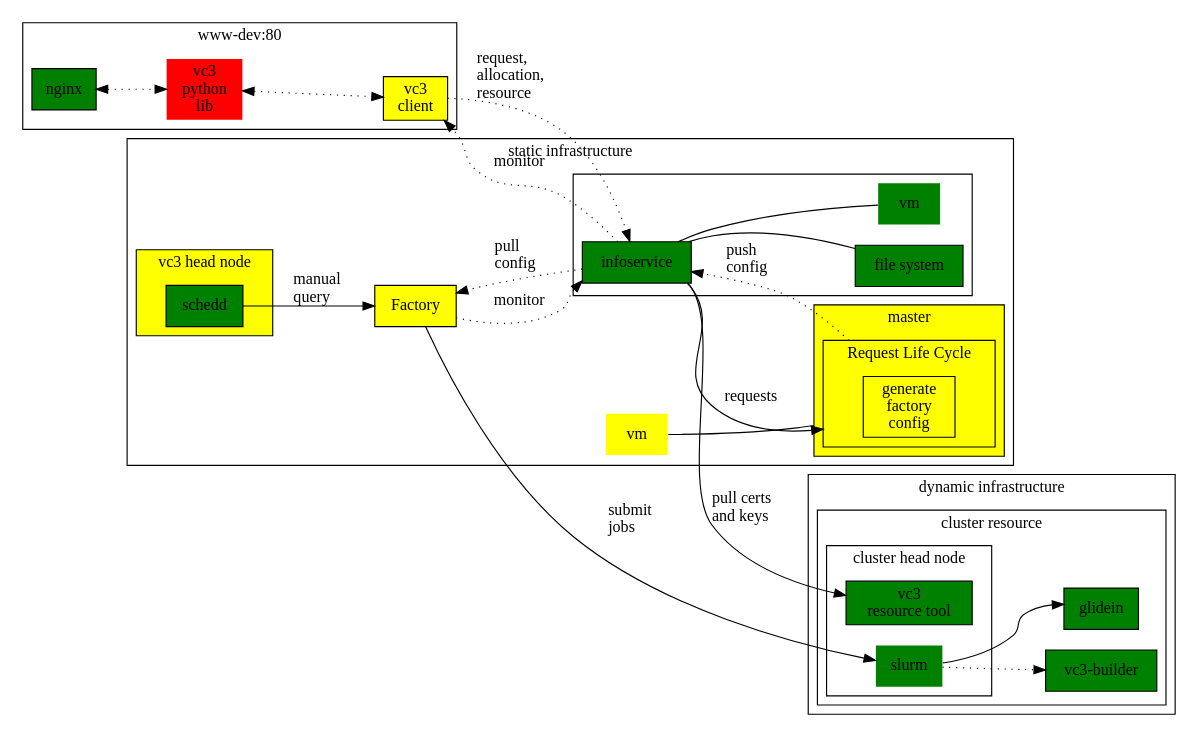
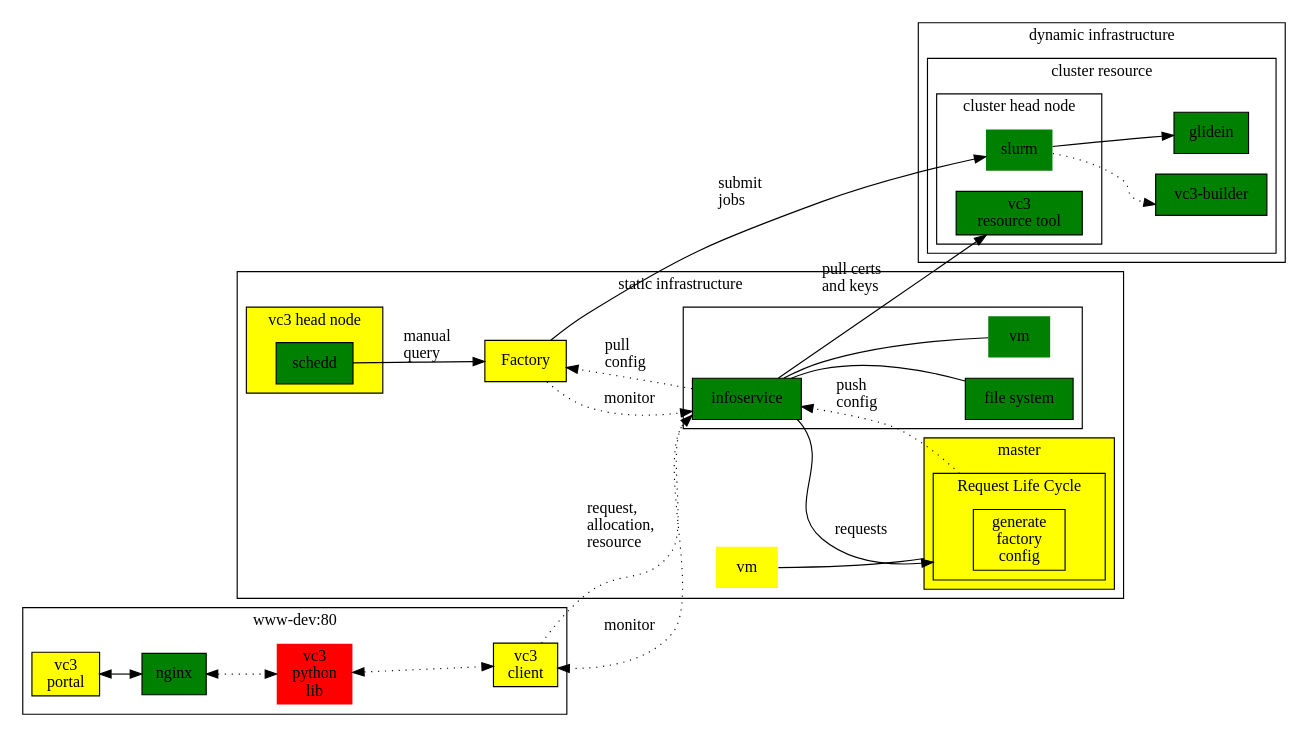
The diagram in diagrams/all_semaphore_092017.dot (vc3-project/vc3-docs), drawn with Graphviz before and after one commit.

Commit message:
add portal

```diff
--- a/diagrams/all_semaphore_092017.dot
+++ b/diagrams/all_semaphore_092017.dot
@@ -1,98 +1,101 @@
 digraph vc3 {
     compound    = true;
     #concentrate = true;
     labelloc    = "tl";
     rankdir     = "LR";
 
     node [shape=box, style=filled];
 
 
     subgraph cluster_web {
         label = "www-dev:80";
 
         nginx         [fillcolor=green];
         vc3lib_web    [label = "vc3\npython\nlib"][shape="none"][fillcolor = red];
         vc3client_web [label = "vc3\nclient"][fillcolor = yellow];
 
+        portal        [label = "vc3\nportal"][fillcolor = yellow];
+
         nginx         -> vc3lib_web    [style = dotted][dir = both];
         vc3lib_web    -> vc3client_web [style = dotted][dir = both];
 
+        portal        -> nginx         [dir = both];
     }
 
     subgraph cluster_static {
         label = "static infrastructure";
 
         vmmaster     [label = "vm"][shape = none][fillcolor = yellow];
         apf          [label = "Factory"][fillcolor = yellow];
 
         subgraph cluster_infoservice {
             label     = "";
             infoservice  [fillcolor = green];
             fsinfo       [label="file system"][fillcolor = green];
             vminfo       [label = "vm"][shape = none][fillcolor = green];
 
             infoservice   -> vminfo     [dir = none];
             infoservice  -> fsinfo [dir = none];
         }
 
         subgraph cluster_headnode {
             style     = filled;
             fillcolor = yellow;
 
             label = "vc3 head node";
             
             schedd [ label = "schedd" ][ fillcolor = "green" ];
         }
 
         subgraph cluster_master {
             style     = filled;
             fillcolor = yellow;
 
             label = "master";
 
             subgraph cluster_request_lc
                 {
                     label = "Request Life Cycle";
                     fillcolor = yellow;
                     genconf [label = "generate\nfactory\nconfig"][fillcolor = yellow];
                 }
         }
 
         infoservice  -> genconf      [label = "\n\n\n\n\nrequests", lhead = cluster_request_lc];
         genconf      -> infoservice  [label = "push\lconfig\l", ltail = cluster_request_lc, style = dotted];
 
         infoservice  -> apf         [label = "\npull\lconfig\l"][style = dotted];
         apf          -> infoservice [label = "monitor"][style = dotted];
 
         vmmaster     -> genconf     [lhead = cluster_master][dir = none];
     }
 
     subgraph cluster_dynamic {
         label = "dynamic infrastructure";
 
         subgraph cluster_resource {
             label = "cluster resource";
 
             subgraph cluster_resource_head_node {
                 label = "cluster head node";
                 vc3resourcetool [label = "vc3\nresource tool"][fillcolor = green];
                 slurm           [shape = none][fillcolor = green];
             }
 
             vc3builder   [label = "vc3-builder"][fillcolor = green];
             glidein      [fillcolor = green];
 
             slurm        -> glidein;
             slurm        -> vc3builder  [style = dotted][label = "\n\n\n"];
         }
     }
 
     vc3client_web -> infoservice   [ label = "request,\lallocation,\lresource\l" ][style = dotted];
     infoservice   -> vc3client_web [ label = "\nmonitor" ][style = dotted];
 
     apf          -> slurm       [label = "\n\nsubmit\ljobs\l"];
 
     schedd       -> apf         [label = "manual\lquery\l"];
 
     infoservice -> vc3resourcetool [label = "\n\n\npull certs\land keys\l"];
 }
```
